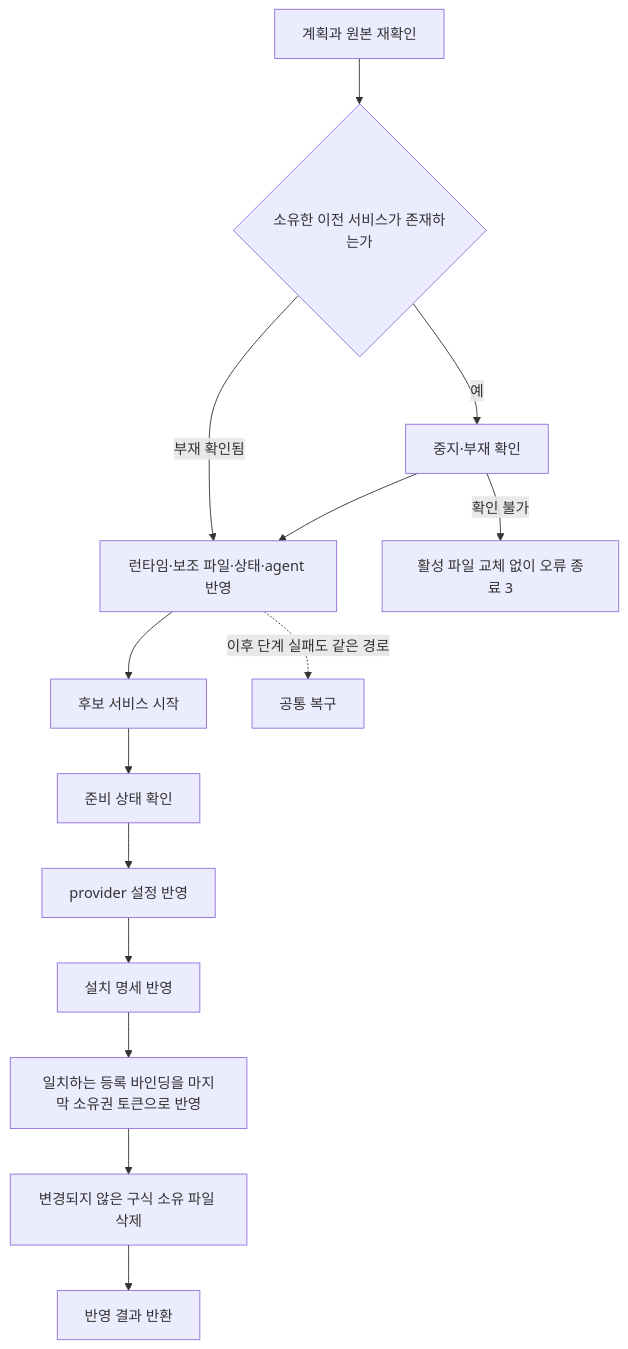
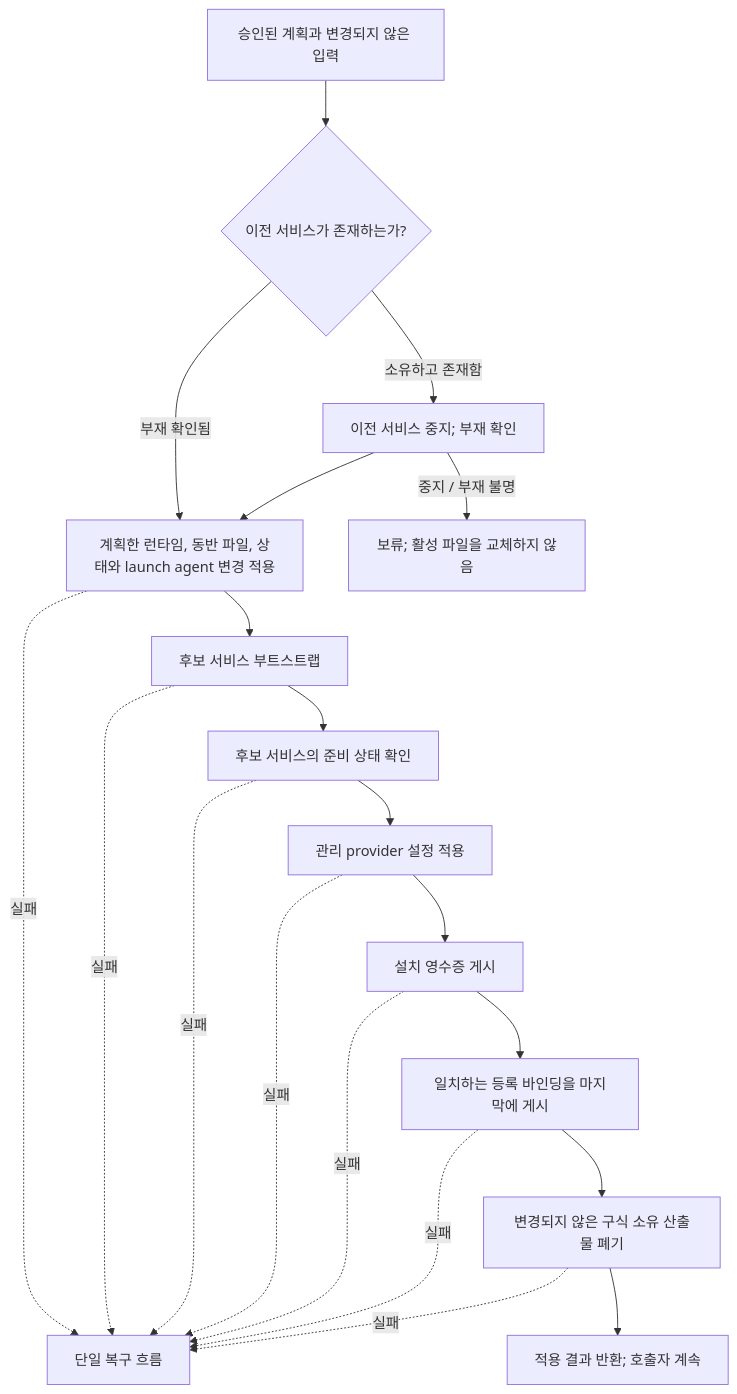
Before and after one commit to AidALL/ghost-alice: the fourth of 6 diagrams in docs/ko/coding-convention/specs/2026-10-15-gateway-installer-design.md, drawn with Mermaid. The commit also changed other lines of this file and 43 other files, not shown here.

````diff
--- a/docs/ko/coding-convention/specs/2026-10-15-gateway-installer-design.md
+++ b/docs/ko/coding-convention/specs/2026-10-15-gateway-installer-design.md
@@ -92,16 +154,22 @@
 ```mermaid
 flowchart TD
-    P["계획과 원본 재확인"] --> S{"소유한 이전 서비스가 존재하는가"}
-    S -->|"예"| STOP["중지·부재 확인"]
-    S -->|"부재 확인됨"| FILE["런타임·보조 파일·상태·agent 반영"]
-    STOP --> FILE
-    STOP -->|"확인 불가"| E3["활성 파일 교체 없이 오류 종료 3"]
-    FILE --> START["후보 서비스 시작"]
-    START --> READY["준비 상태 확인"]
-    READY --> CONFIG["provider 설정 반영"]
-    CONFIG --> RECEIPT["설치 명세 반영"]
-    RECEIPT --> BIND["일치하는 등록 바인딩을 마지막 소유권 토큰으로 반영"]
-    BIND --> OLD["변경되지 않은 구식 소유 파일 삭제"]
-    OLD --> DONE["반영 결과 반환"]
-    FILE -. "이후 단계 실패도 같은 경로" .-> REC["공통 복구"]
+    P["승인된 계획과 변경되지 않은 입력"] --> S{"이전 서비스가 존재하는가?"}
+    S -->|"소유하고 존재함"| STOP["이전 서비스 중지; 부재 확인"]
+    S -->|"부재 확인됨"| APPLY["계획한 런타임, 동반 파일, 상태와 launch agent 변경 적용"]
+    STOP --> APPLY
+    STOP -->|"중지 / 부재 불명"| HOLD["보류; 활성 파일을 교체하지 않음"]
+    APPLY --> START["후보 서비스 부트스트랩"]
+    START --> READY["후보 서비스의 준비 상태 확인"]
+    READY --> CONFIG["관리 provider 설정 적용"]
+    CONFIG --> RECEIPT["설치 영수증 게시"]
+    RECEIPT --> BIND["일치하는 등록 바인딩을 마지막에 게시"]
+    BIND --> OLD["변경되지 않은 구식 소유 산출물 폐기"]
+    OLD --> DONE["적용 결과 반환; 호출자 계속"]
+    APPLY -. "실패" .-> REC["단일 복구 흐름"]
+    START -. "실패" .-> REC
+    READY -. "실패" .-> REC
+    CONFIG -. "실패" .-> REC
+    RECEIPT -. "실패" .-> REC
+    BIND -. "실패" .-> REC
+    OLD -. "실패" .-> REC
 ```
````
